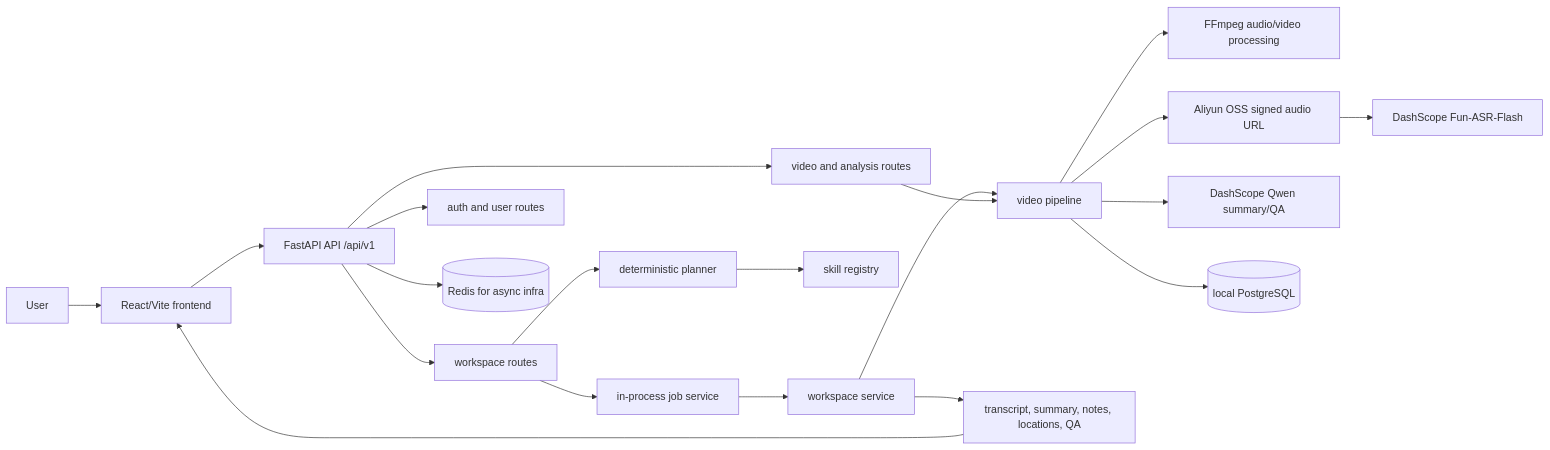
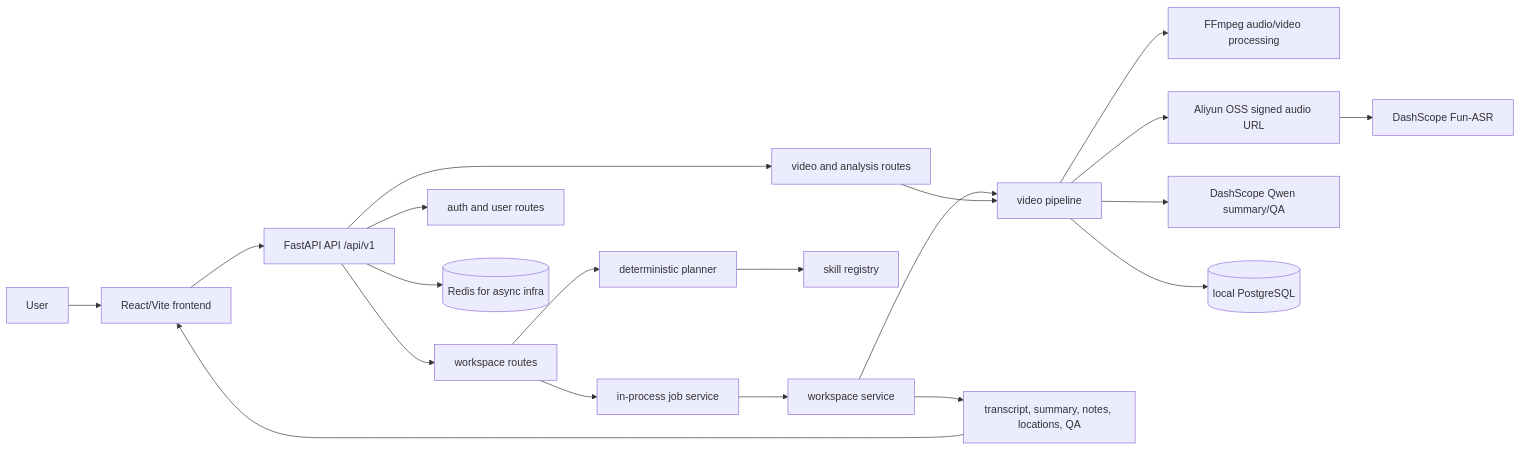
The diagram in README.md (PCcoding666/Vidsnap), drawn with Mermaid before and after one commit. The commit also changed other lines of this file and 8 other files, not shown here.

First line of the commit message:
fix: ASR 模型改回有效 id fun-asr（fun-asr-flash 实测 "Model not exist"）

````diff
--- a/README.md
+++ b/README.md
@@ -153,26 +153,26 @@
 ```mermaid
 flowchart LR
     U[User] --> FE[React/Vite frontend]
     FE --> API[FastAPI API /api/v1]
 
     API --> WR[workspace routes]
     API --> VR[video and analysis routes]
     API --> AUTH[auth and user routes]
 
     WR --> Planner[deterministic planner]
     Planner --> Skills[skill registry]
     WR --> Jobs[in-process job service]
     Jobs --> Workspace[workspace service]
     Workspace --> Pipeline[video pipeline]
 
     VR --> Pipeline
     Pipeline --> FFmpeg[FFmpeg audio/video processing]
     Pipeline --> OSS[Aliyun OSS signed audio URL]
-    OSS --> ASR[DashScope Fun-ASR-Flash]
+    OSS --> ASR[DashScope Fun-ASR]
     Pipeline --> LLM[DashScope Qwen summary/QA]
     Pipeline --> PG[(local PostgreSQL)]
     API --> Redis[(Redis for async infra)]
 
     Workspace --> Artifacts[transcript, summary, notes, locations, QA]
     Artifacts --> FE
 ```
````
